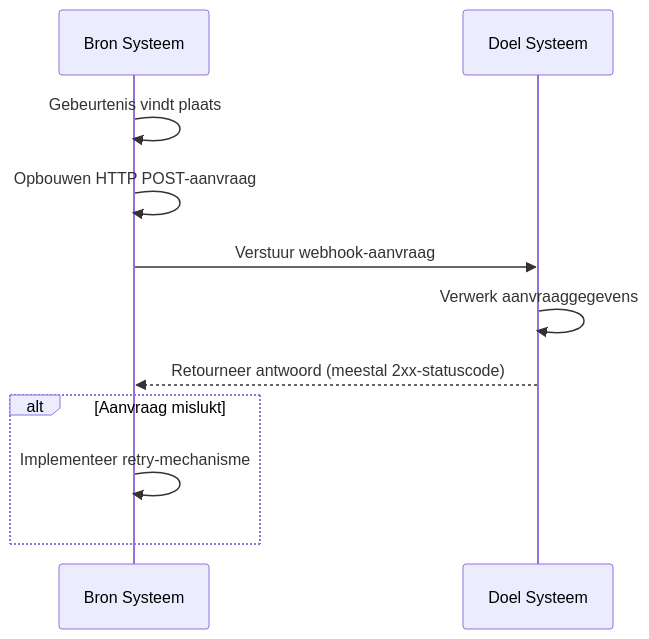
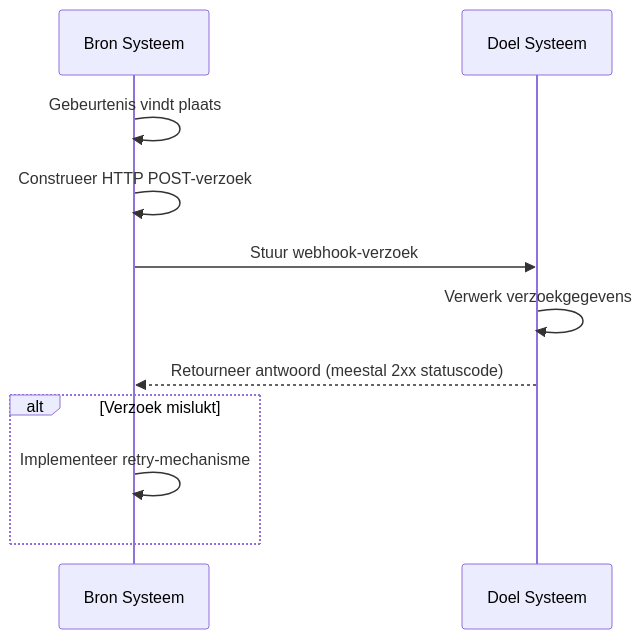
The first of 2 diagrams in src/content/terms/nl/webhook.mdx (logto-io/auth-wiki), drawn with Mermaid before and after one commit. The commit also changed other lines of this file and 98 other files, not shown here.

````diff
--- a/src/content/terms/nl/webhook.mdx
+++ b/src/content/terms/nl/webhook.mdx
@@ -13,15 +13,15 @@
 ```mermaid
 sequenceDiagram
     participant Bron Systeem
     participant Doel Systeem
     
     Bron Systeem->>Bron Systeem: Gebeurtenis vindt plaats
-    Bron Systeem->>Bron Systeem: Opbouwen HTTP POST-aanvraag
-    Bron Systeem->>Doel Systeem: Verstuur webhook-aanvraag
-    Doel Systeem->>Doel Systeem: Verwerk aanvraaggegevens
-    Doel Systeem-->>Bron Systeem: Retourneer antwoord (meestal 2xx-statuscode)
+    Bron Systeem->>Bron Systeem: Construeer HTTP POST-verzoek
+    Bron Systeem->>Doel Systeem: Stuur webhook-verzoek
+    Doel Systeem->>Doel Systeem: Verwerk verzoekgegevens
+    Doel Systeem-->>Bron Systeem: Retourneer antwoord (meestal 2xx statuscode)
     
-    alt Aanvraag mislukt
+    alt Verzoek mislukt
         Bron Systeem->>Bron Systeem: Implementeer retry-mechanisme
     end
 ```
````
